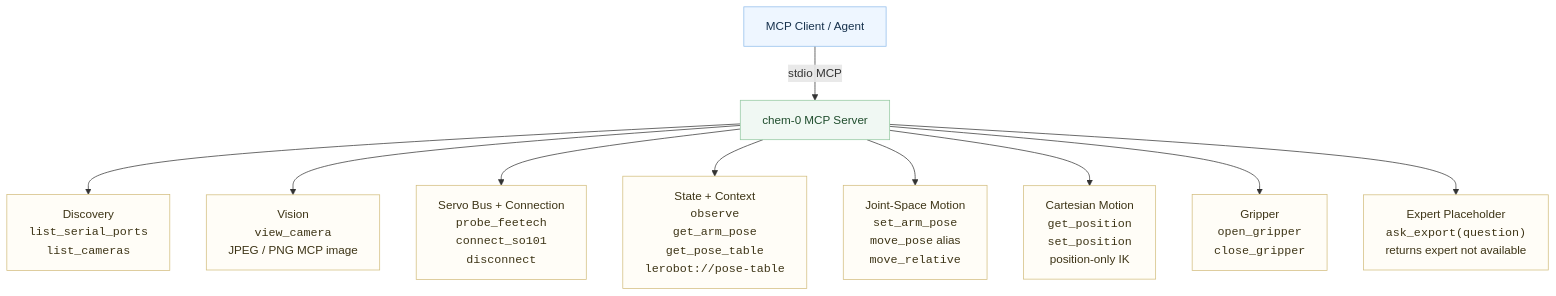
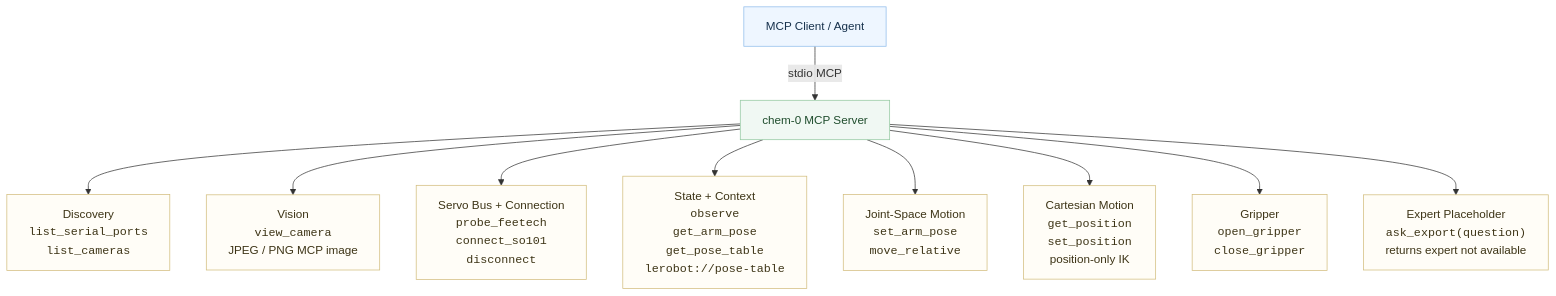
The second of 2 diagrams in README.md (JacobFV/chem-0), drawn with Mermaid before and after one commit. The commit also changed other lines of this file and 27 other files, not shown here.

````diff
--- a/README.md
+++ b/README.md
@@ -99,31 +107,31 @@
 ```mermaid
 flowchart TB
     client["MCP Client / Agent"]
     server["chem-0 MCP Server"]
 
     discovery["Discovery<br/><code>list_serial_ports</code><br/><code>list_cameras</code>"]
     vision["Vision<br/><code>view_camera</code><br/>JPEG / PNG MCP image"]
     bus_tools["Servo Bus + Connection<br/><code>probe_feetech</code><br/><code>connect_so101</code><br/><code>disconnect</code>"]
     state["State + Context<br/><code>observe</code><br/><code>get_arm_pose</code><br/><code>get_pose_table</code><br/><code>lerobot://pose-table</code>"]
-    joint_motion["Joint-Space Motion<br/><code>set_arm_pose</code><br/><code>move_pose</code> alias<br/><code>move_relative</code>"]
+    joint_motion["Joint-Space Motion<br/><code>set_arm_pose</code><br/><code>move_relative</code>"]
     cart_motion["Cartesian Motion<br/><code>get_position</code><br/><code>set_position</code><br/>position-only IK"]
     gripper["Gripper<br/><code>open_gripper</code><br/><code>close_gripper</code>"]
     expert_tool["Expert Placeholder<br/><code>ask_export(question)</code><br/>returns expert not available"]
 
     client -->|"stdio MCP"| server
     server --> discovery
     server --> vision
     server --> bus_tools
     server --> state
     server --> joint_motion
     server --> cart_motion
     server --> gripper
     server --> expert_tool
 
     classDef client fill:#eef6ff,stroke:#8fbceb,color:#17324d
     classDef server fill:#f0f8f3,stroke:#92c8a0,color:#1f4d2d
     classDef affordance fill:#fffdf7,stroke:#d2bd7d,color:#3d3416
     class client client
     class server server
     class discovery,vision,bus_tools,state,joint_motion,cart_motion,gripper,expert_tool affordance
 ```
````
